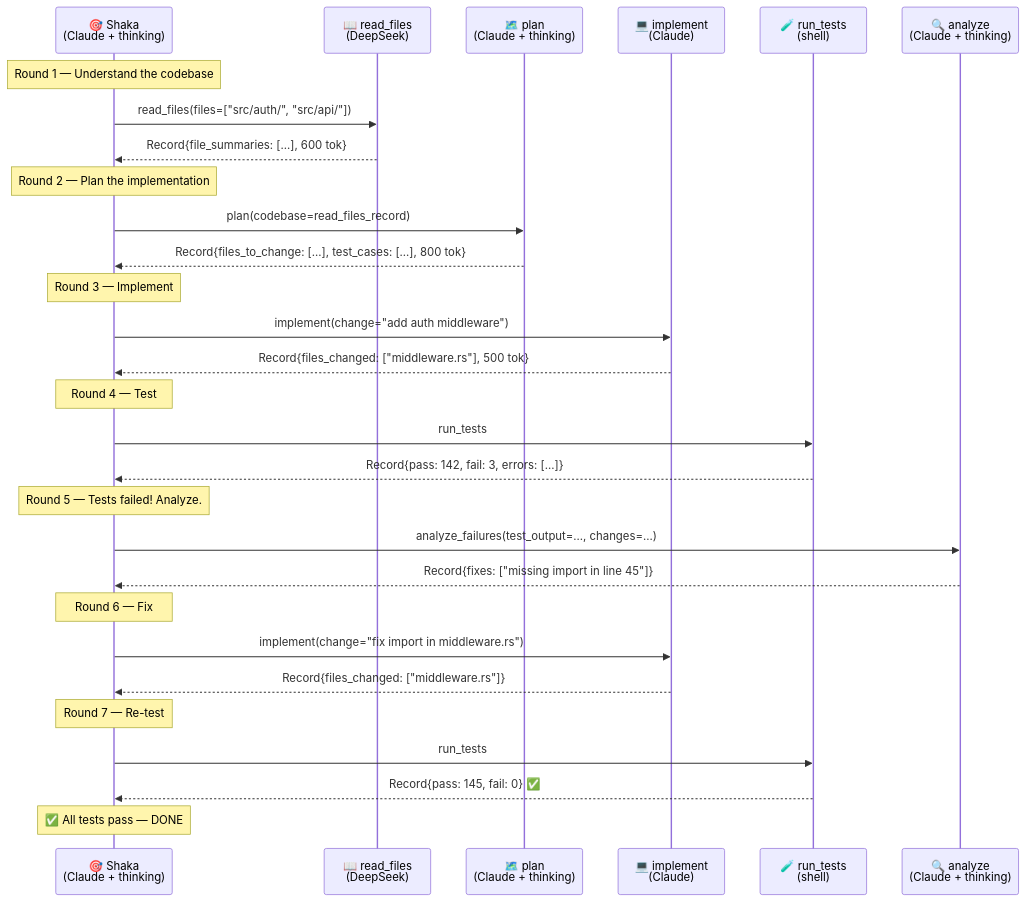
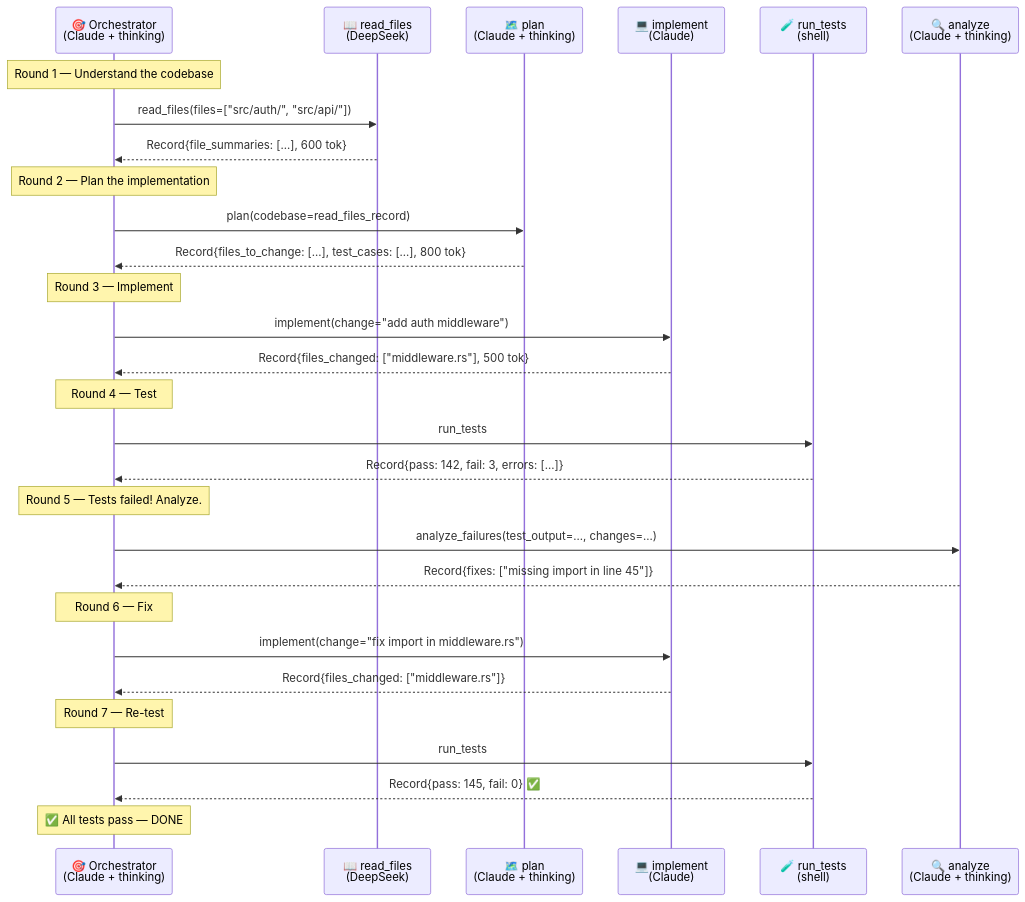
One commit to supernovae-st/nika changed the third of 3 diagrams in docs/vision/09-use-cases-cookbook.md. Above: the diagram before and after it, drawn with Mermaid. The commit also changed other lines of this file and 72 other files, not shown here.

````diff
--- a/docs/vision/09-use-cases-cookbook.md
+++ b/docs/vision/09-use-cases-cookbook.md
@@ -715,39 +715,39 @@
 ```mermaid
 sequenceDiagram
-    participant S as 🎯 Shaka<br/>(Claude + thinking)
+    participant S as 🎯 Orchestrator<br/>(Claude + thinking)
     participant R as 📖 read_files<br/>(DeepSeek)
     participant P as 🗺️ plan<br/>(Claude + thinking)
     participant I as 💻 implement<br/>(Claude)
     participant T as 🧪 run_tests<br/>(shell)
     participant A as 🔍 analyze<br/>(Claude + thinking)
 
     Note over S: Round 1 — Understand the codebase
     S->>R: read_files(files=["src/auth/", "src/api/"])
     R-->>S: Record{file_summaries: [...], 600 tok}
 
     Note over S: Round 2 — Plan the implementation
     S->>P: plan(codebase=read_files_record)
     P-->>S: Record{files_to_change: [...], test_cases: [...], 800 tok}
 
     Note over S: Round 3 — Implement
     S->>I: implement(change="add auth middleware")
     I-->>S: Record{files_changed: ["middleware.rs"], 500 tok}
 
     Note over S: Round 4 — Test
     S->>T: run_tests
     T-->>S: Record{pass: 142, fail: 3, errors: [...]}
 
     Note over S: Round 5 — Tests failed! Analyze.
     S->>A: analyze_failures(test_output=..., changes=...)
     A-->>S: Record{fixes: ["missing import in line 45"]}
 
     Note over S: Round 6 — Fix
     S->>I: implement(change="fix import in middleware.rs")
     I-->>S: Record{files_changed: ["middleware.rs"]}
 
     Note over S: Round 7 — Re-test
     S->>T: run_tests
     T-->>S: Record{pass: 145, fail: 0} ✅
 
     Note over S: ✅ All tests pass — DONE
 ```
````
